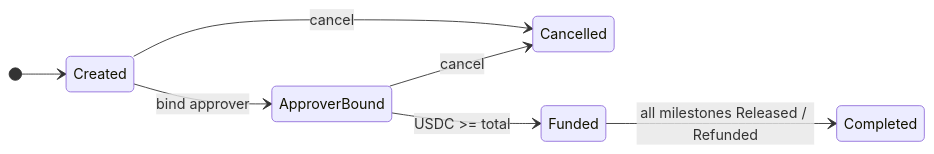
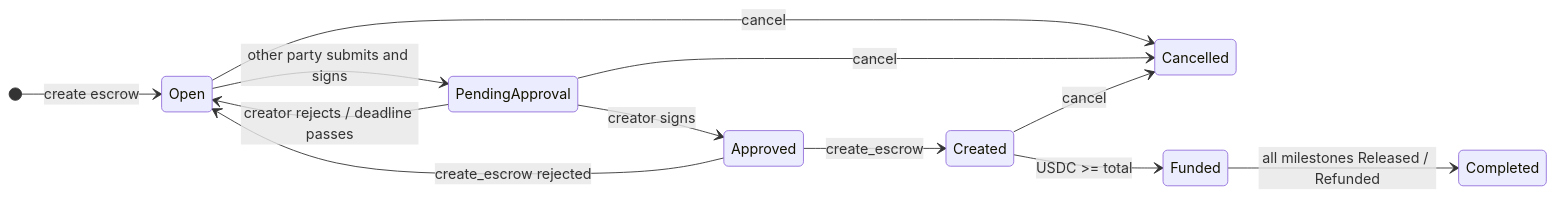
One commit to harundarat/vecrow changed the first of 2 diagrams in docs/spec.md. Above: the diagram before and after it, drawn with Mermaid. The commit also changed other lines of this file and 3 other files, not shown here.

First line of the commit message:
docs: let either party create an escrow, deploy after creator approval

````diff
--- a/docs/spec.md
+++ b/docs/spec.md
@@ -385,10 +473,15 @@
 ```mermaid
 stateDiagram-v2
     direction LR
-    [*] --> Created
-    Created --> ApproverBound: bind approver
+    [*] --> Open: create escrow
+    Open --> PendingApproval: other party submits and signs
+    PendingApproval --> Open: creator rejects / deadline passes
+    PendingApproval --> Approved: creator signs
+    Approved --> Created: create_escrow
+    Approved --> Open: create_escrow rejected
+    Open --> Cancelled: cancel
+    PendingApproval --> Cancelled: cancel
     Created --> Cancelled: cancel
-    ApproverBound --> Cancelled: cancel
-    ApproverBound --> Funded: USDC >= total
+    Created --> Funded: USDC >= total
     Funded --> Completed: all milestones Released / Refunded
 ```
````
